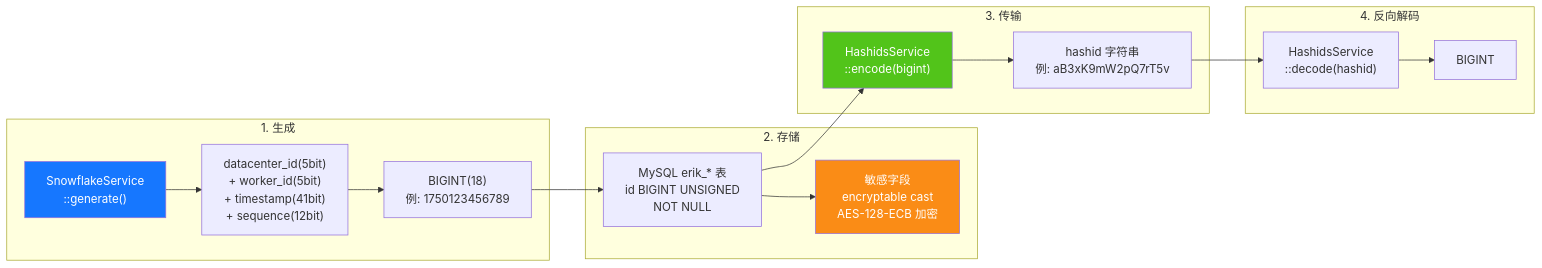
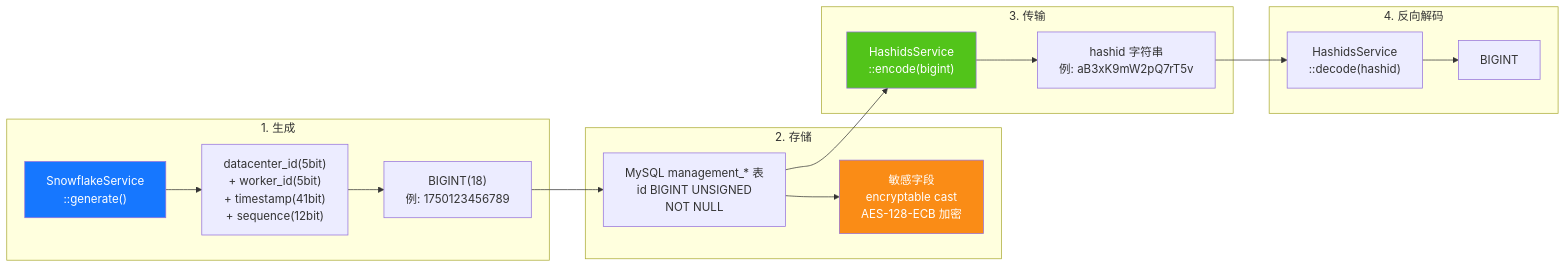
One commit to erikwang2013/property-management-platform changed the seventh of 14 diagrams in admin/docs/ARCHITECTURE.md. Above: the diagram before and after it, drawn with Mermaid. The commit also changed other lines of this file and 347 other files, not shown here.

````diff
--- a/admin/docs/ARCHITECTURE.md
+++ b/admin/docs/ARCHITECTURE.md
@@ -358,33 +358,33 @@
 ```mermaid
 flowchart LR
     subgraph "1. 生成"
         G1["SnowflakeService<br/>::generate()"]
         G2["datacenter_id(5bit)<br/>+ worker_id(5bit)<br/>+ timestamp(41bit)<br/>+ sequence(12bit)"]
         G3["BIGINT(18)<br/>例: 1750123456789"]
         G1 --> G2 --> G3
     end
 
     subgraph "2. 存储"
-        S1["MySQL erik_* 表<br/>id BIGINT UNSIGNED<br/>NOT NULL"]
+        S1["MySQL management_* 表<br/>id BIGINT UNSIGNED<br/>NOT NULL"]
         S2["敏感字段<br/>encryptable cast<br/>AES-128-ECB 加密"]
         G3 --> S1
         S1 --> S2
     end
 
     subgraph "3. 传输"
         T1["HashidsService<br/>::encode(bigint)"]
         T2["hashid 字符串<br/>例: aB3xK9mW2pQ7rT5v"]
         S1 --> T1
         T1 --> T2
     end
 
     subgraph "4. 反向解码"
         R1["HashidsService<br/>::decode(hashid)"]
         R2["BIGINT"]
         T2 --> R1 --> R2
     end
 
     style G1 fill:#1677FF,color:#fff
     style T1 fill:#52C41A,color:#fff
     style S2 fill:#FA8C16,color:#fff
 ```
````
